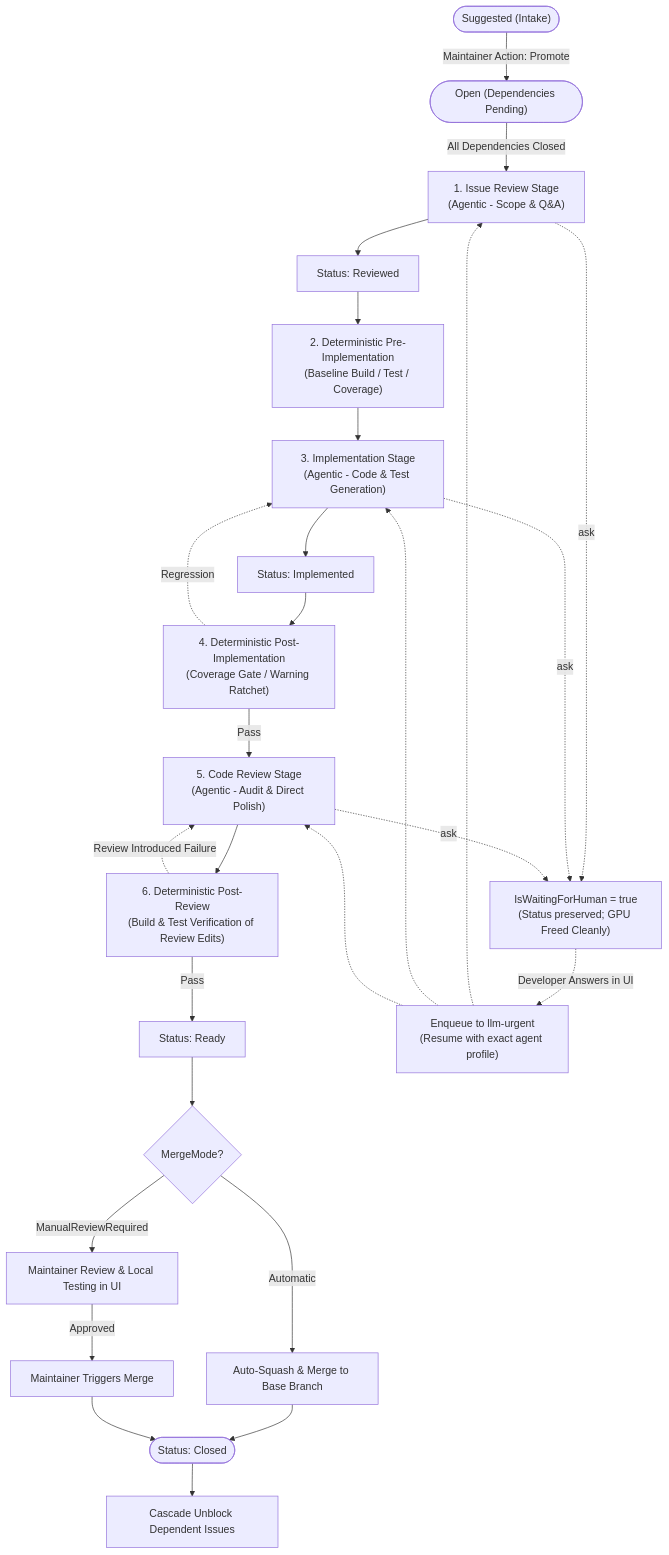
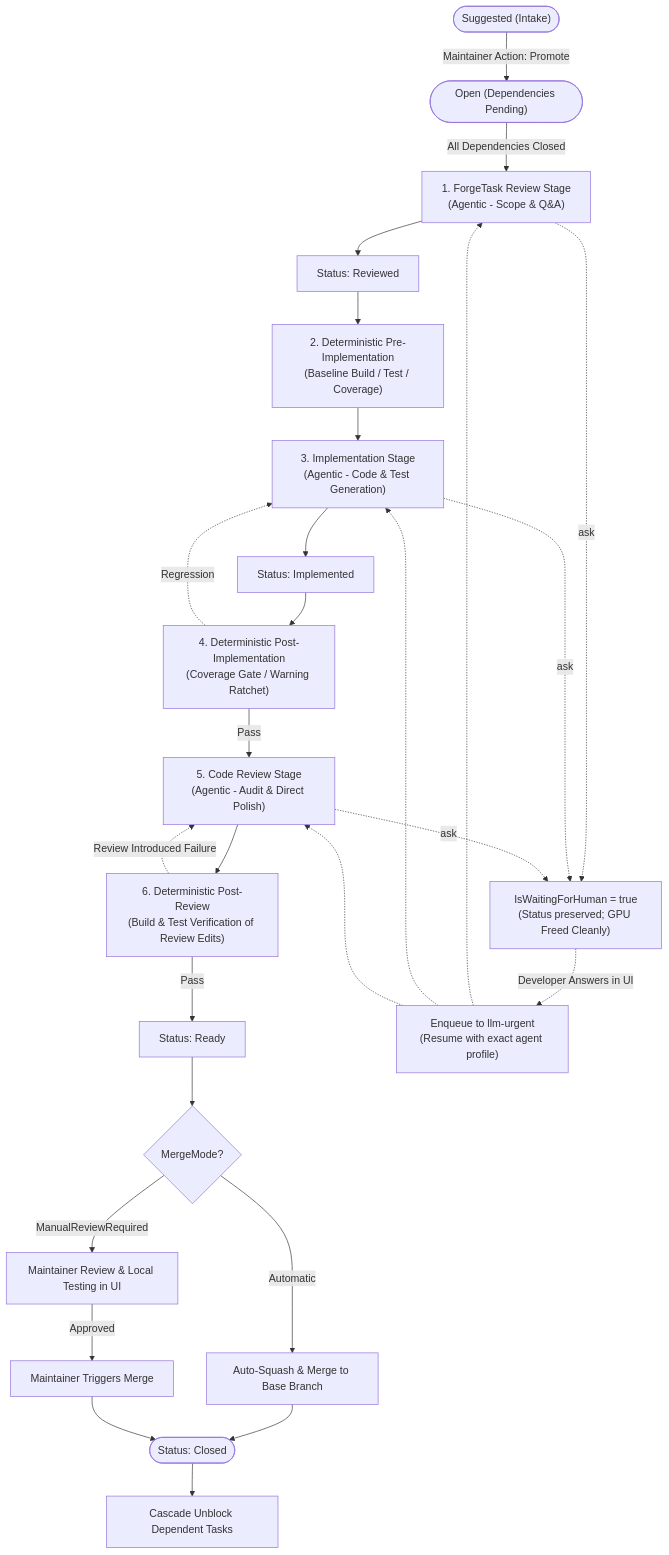
Before and after one commit to jetelain/NightCodeForge: the second of 22 diagrams in docs/ARCHITECTURE.md, drawn with Mermaid. The commit also changed other lines of this file and 151 other files, not shown here.

Commit message:
Issue -> Task

````diff
--- a/docs/ARCHITECTURE.md
+++ b/docs/ARCHITECTURE.md
@@ -125,31 +125,31 @@
 ```mermaid
 flowchart TD
     Suggested(["Suggested (Intake)"]) -->|Maintainer Action: Promote| Open(["Open (Dependencies Pending)"])
-    Open -->|All Dependencies Closed| S1["1. Issue Review Stage\n(Agentic - Scope & Q&A)"]
+    Open -->|All Dependencies Closed| S1["1. ForgeTask Review Stage\n(Agentic - Scope & Q&A)"]
     S1 --> Reviewed["Status: Reviewed"]
     Reviewed --> S2["2. Deterministic Pre-Implementation\n(Baseline Build / Test / Coverage)"]
     S2 --> S3["3. Implementation Stage\n(Agentic - Code & Test Generation)"]
     S3 --> Implemented["Status: Implemented"]
     Implemented --> S4["4. Deterministic Post-Implementation\n(Coverage Gate / Warning Ratchet)"]
     S4 -->|Pass| S5["5. Code Review Stage\n(Agentic - Audit & Direct Polish)"]
     S4 -.->|Regression| S3
     S5 --> S6["6. Deterministic Post-Review\n(Build & Test Verification of Review Edits)"]
     S6 -->|Pass| Ready["Status: Ready"]
     S6 -.->|Review Introduced Failure| S5
 
     Ready --> MergeGate{"MergeMode?"}
     MergeGate -->|Automatic| AutoMerge["Auto-Squash & Merge to Base Branch"]
     MergeGate -->|ManualReviewRequired| ManualWait["Maintainer Review & Local Testing in UI"]
     ManualWait -->|Approved| ManualMerge["Maintainer Triggers Merge"]
     AutoMerge --> Closed(["Status: Closed"])
     ManualMerge --> Closed
-    Closed --> Cascade["Cascade Unblock Dependent Issues"]
+    Closed --> Cascade["Cascade Unblock Dependent Tasks"]
 
     S1 -.->|ask| Blocked["IsWaitingForHuman = true\n(Status preserved; GPU Freed Cleanly)"]
     S3 -.->|ask| Blocked
     S5 -.->|ask| Blocked
     Blocked -.->|Developer Answers in UI| ResumeUrgent["Enqueue to llm-urgent\n(Resume with exact agent profile)"]
     ResumeUrgent -.-> S1
     ResumeUrgent -.-> S3
     ResumeUrgent -.-> S5
 ```
````
